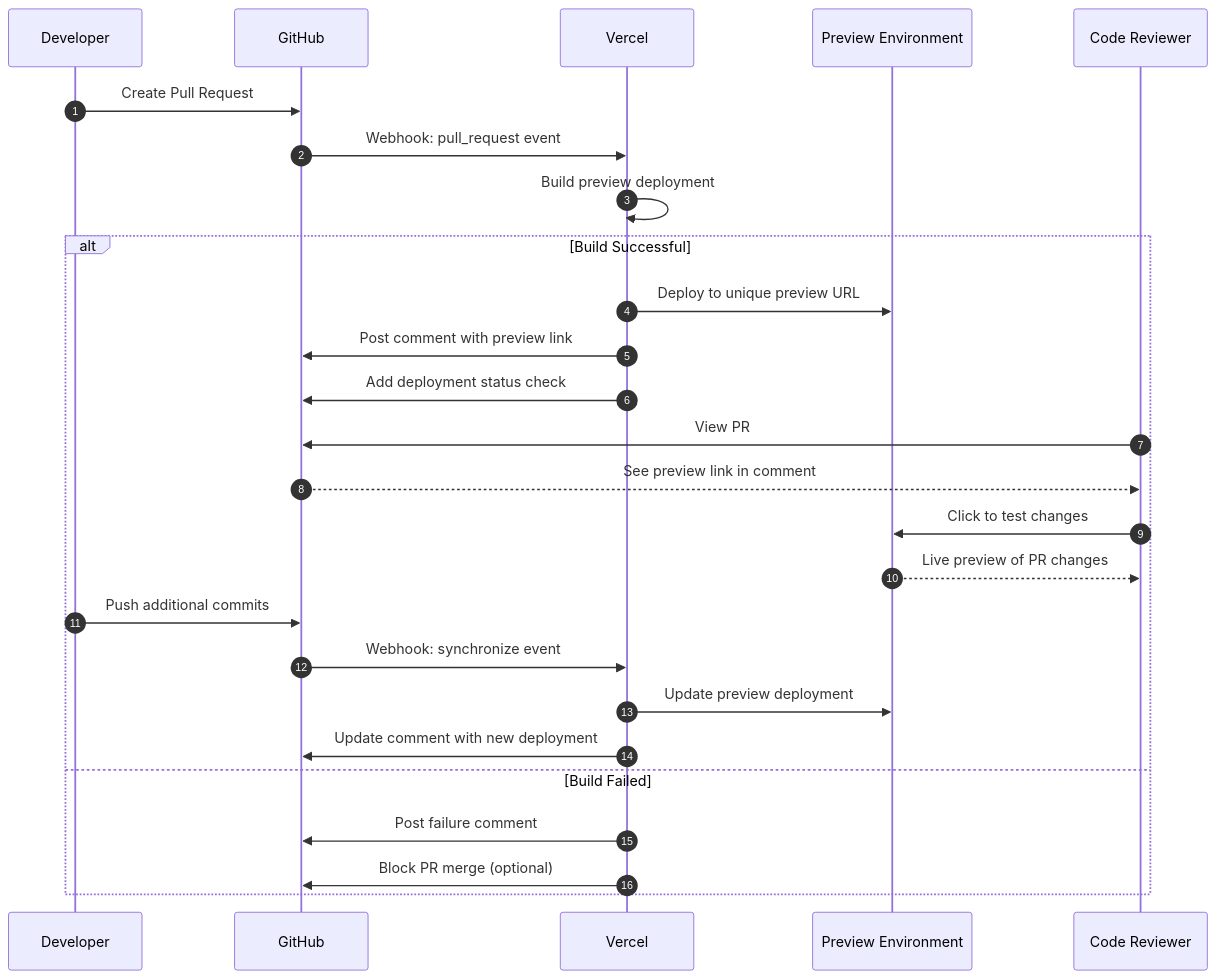
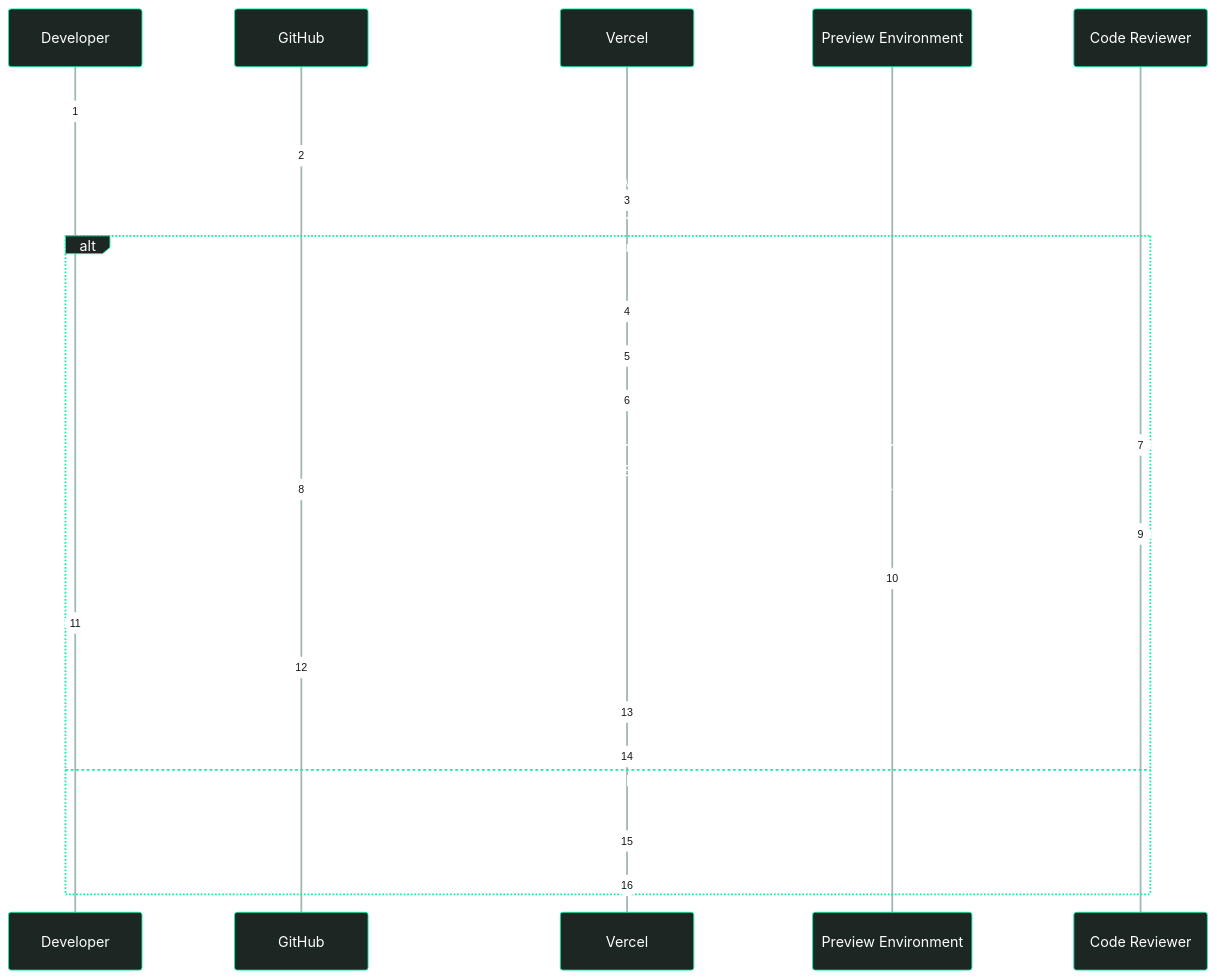
One commit to fariassdev/senda-cms changed the third of 7 diagrams in docs/deployment.md. Above: the diagram before and after it, drawn with Mermaid. The commit also changed other lines of this file and 10 other files, not shown here.

````diff
--- a/docs/deployment.md
+++ b/docs/deployment.md
@@ -111,32 +106,33 @@
 ```mermaid
+%%{init: {'theme':'base', 'themeVariables': { 'primaryColor':'#13ECA4', 'primaryTextColor':'#111816', 'primaryBorderColor':'#13ECA4', 'lineColor':'#9DB9B0', 'secondaryColor':'#1C2723', 'tertiaryColor':'#10221C', 'background':'#10221C', 'mainBkg':'#1C2723', 'secondBkg':'#10221C', 'labelBackground':'#1C2723', 'actorBorder':'#13ECA4', 'actorBkg':'#1C2723', 'actorTextColor':'#FFFFFF', 'actorLineColor':'#9DB9B0', 'signalColor':'#FFFFFF', 'signalTextColor':'#FFFFFF', 'labelBoxBkgColor':'#1C2723', 'labelBoxBorderColor':'#13ECA4', 'labelTextColor':'#FFFFFF', 'loopTextColor':'#FFFFFF', 'noteBorderColor':'#13ECA4', 'noteBkgColor':'#1C2723', 'noteTextColor':'#FFFFFF', 'activationBorderColor':'#13ECA4', 'activationBkgColor':'#13ECA4', 'sequenceNumberColor':'#111816'}}}%%
 sequenceDiagram
     autonumber
     participant Dev as Developer
     participant GH as GitHub
     participant V as Vercel
     participant Preview as Preview Environment
     participant Reviewer as Code Reviewer
 
     Dev->>GH: Create Pull Request
     GH->>V: Webhook: pull_request event
     V->>V: Build preview deployment
 
     alt Build Successful
         V->>Preview: Deploy to unique preview URL
         V->>GH: Post comment with preview link
         V->>GH: Add deployment status check
 
         Reviewer->>GH: View PR
         GH-->>Reviewer: See preview link in comment
         Reviewer->>Preview: Click to test changes
         Preview-->>Reviewer: Live preview of PR changes
 
         Dev->>GH: Push additional commits
         GH->>V: Webhook: synchronize event
         V->>Preview: Update preview deployment
         V->>GH: Update comment with new deployment
     else Build Failed
         V->>GH: Post failure comment
         V->>GH: Block PR merge (optional)
     end
 ```
````
